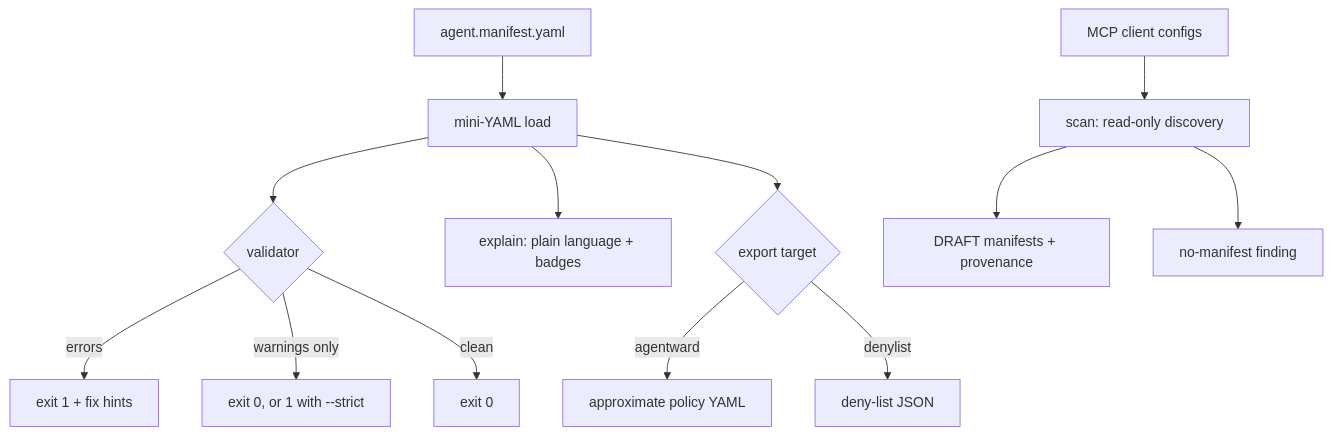
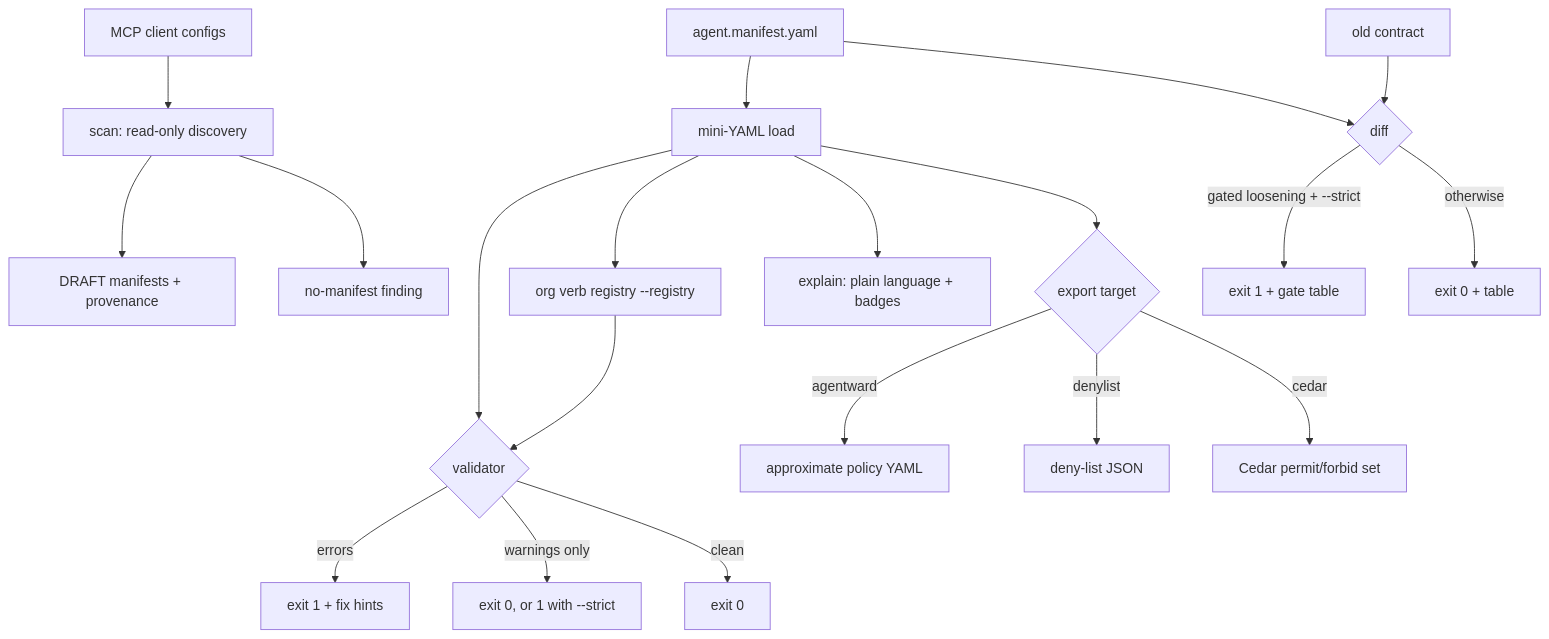
One commit to brodewa369/manifesto changed the diagram in README.md. Above: the diagram before and after it, drawn with Mermaid. The commit also changed other lines of this file and 2 other files, not shown here.

First line of the commit message:
docs: 0.3.0 — recorded e2e output for cedar/diff/registry, changelog

````diff
--- a/README.md
+++ b/README.md
@@ -83,15 +85,22 @@
 ```mermaid
 flowchart TD
     A[agent.manifest.yaml] --> B[mini-YAML load]
     B --> C{validator}
     C -->|errors| D[exit 1 + fix hints]
     C -->|warnings only| E[exit 0, or 1 with --strict]
     C -->|clean| F[exit 0]
+    B --> R[org verb registry --registry]
+    R --> C
     B --> G[explain: plain language + badges]
     B --> H{export target}
     H -->|agentward| I[approximate policy YAML]
     H -->|denylist| J[deny-list JSON]
+    H -->|cedar| K2[Cedar permit/forbid set]
     K[MCP client configs] --> L[scan: read-only discovery]
     L --> M[DRAFT manifests + provenance]
     L --> N[no-manifest finding]
+    O[old contract] --> DF{diff}
+    A --> DF
+    DF -->|gated loosening + --strict| DG[exit 1 + gate table]
+    DF -->|otherwise| DH[exit 0 + table]
 ```
````
